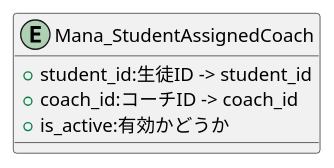
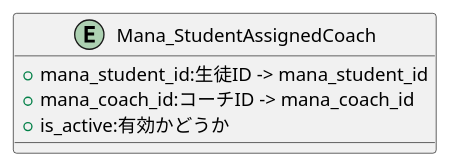
Before and after one commit to popoposorara/ERP_ER: the diagram in Entity/Mana_StudentAssignedCoach.pu, drawn with PlantUML. The commit also changed 26 other files, not shown here.

```diff
--- a/Entity/Mana_StudentAssignedCoach.pu
+++ b/Entity/Mana_StudentAssignedCoach.pu
@@ -1,9 +1,9 @@
 @startuml
 
 entity "Mana_StudentAssignedCoach" {
-    + student_id:生徒ID -> student_id
-    + coach_id:コーチID -> coach_id
+    + mana_student_id:生徒ID -> mana_student_id
+    + mana_coach_id:コーチID -> mana_coach_id
     + is_active:有効かどうか
 }
 
 @enduml
```
